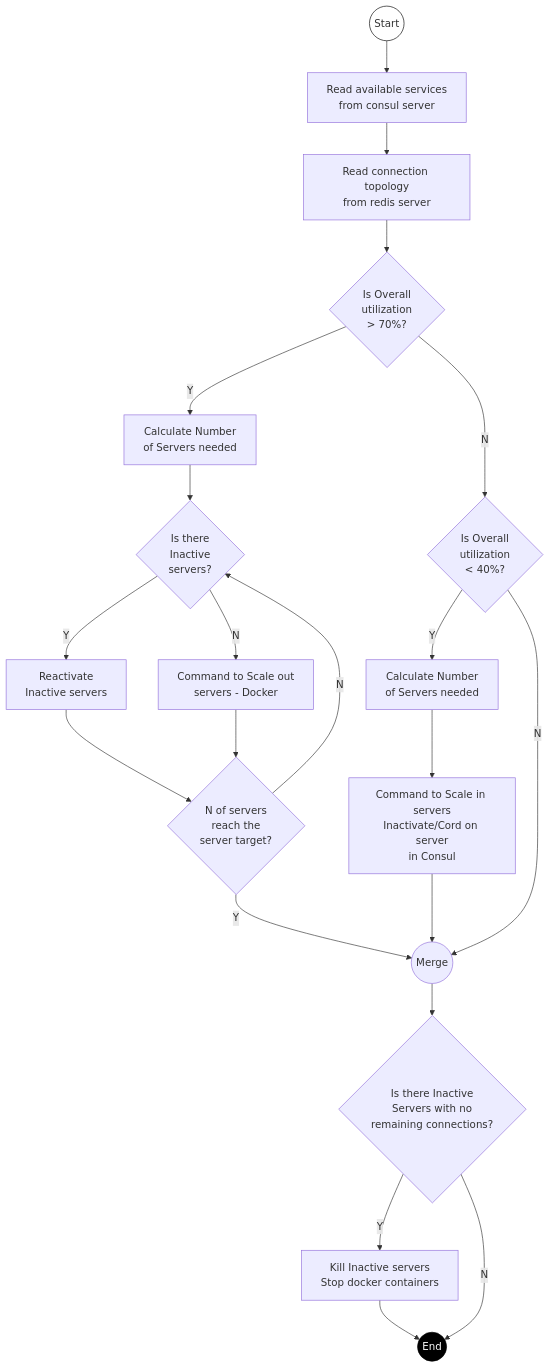
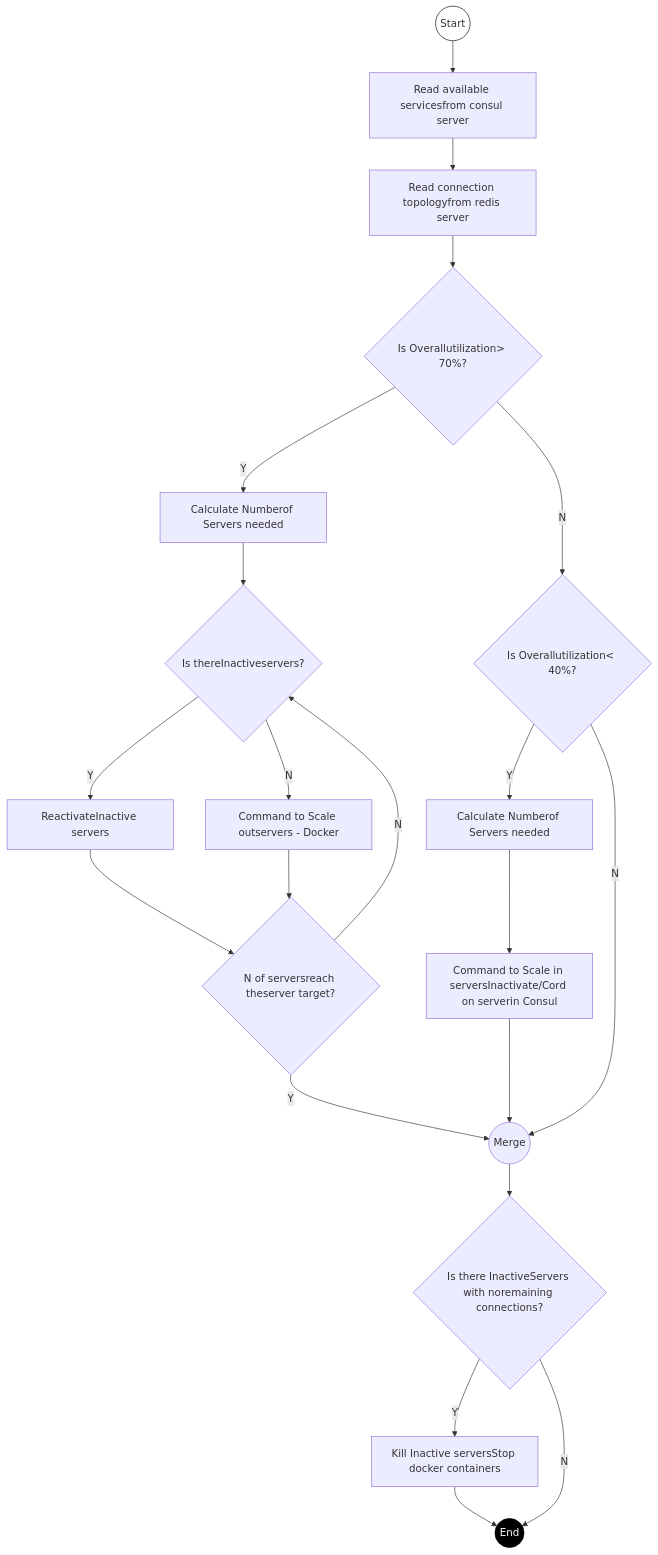
Before and after one commit to jhonnyJET/connection-rebalancer: the second of 2 diagrams in README.md, drawn with Mermaid. The commit also changed other lines of this file, not shown here.

Commit message:
WC-XX [BE] add mermaid flow charts explainig scaling/rebalancing

````diff
--- a/README.md
+++ b/README.md
@@ -45,26 +43,26 @@
 ```mermaid
 flowchart TD
-    Start((Start)) --> A[Read available services\nfrom consul server]
-    A --> B[Read connection topology\nfrom redis server]
-    B --> C{Is Overall\nutilization\n> 70%?}
-    C -- Y --> D[Calculate Number\nof Servers needed]
-    D --> E{Is there\nInactive\nservers?}
-    E -- Y --> F[Reactivate\nInactive servers]
-    F --> H{N of servers\nreach the\nserver target?}
-    E -- N --> G[Command to Scale out\nservers - Docker]
+    Start((Start)) --> A[Read available servicesfrom consul server]
+    A --> B[Read connection topologyfrom redis server]
+    B --> C{Is Overallutilization> 70%?}
+    C -- Y --> D[Calculate Numberof Servers needed]
+    D --> E{Is thereInactiveservers?}
+    E -- Y --> F[ReactivateInactive servers]
+    F --> H{N of serversreach theserver target?}
+    E -- N --> G[Command to Scale outservers - Docker]
     G --> H
     H -- N --> E
     H -- Y --> Merge((Merge))
-    C -- N --> I{Is Overall\nutilization\n< 40%?}
-    I -- Y --> J[Calculate Number\nof Servers needed]
-    J --> K[Command to Scale in servers\nInactivate/Cord on server\nin Consul]
+    C -- N --> I{Is Overallutilization< 40%?}
+    I -- Y --> J[Calculate Numberof Servers needed]
+    J --> K[Command to Scale in serversInactivate/Cord on serverin Consul]
     K --> Merge
     I -- N --> Merge
-    Merge --> L{Is there Inactive\nServers with no\nremaining connections?}
-    L -- Y --> M[Kill Inactive servers\nStop docker containers]
+    Merge --> L{Is there InactiveServers with noremaining connections?}
+    L -- Y --> M[Kill Inactive serversStop docker containers]
     M --> End((End))
     L -- N --> End
 
     style Start fill:#fff,stroke:#000
     style End fill:#000,stroke:#000,color:#fff
 ```
````
